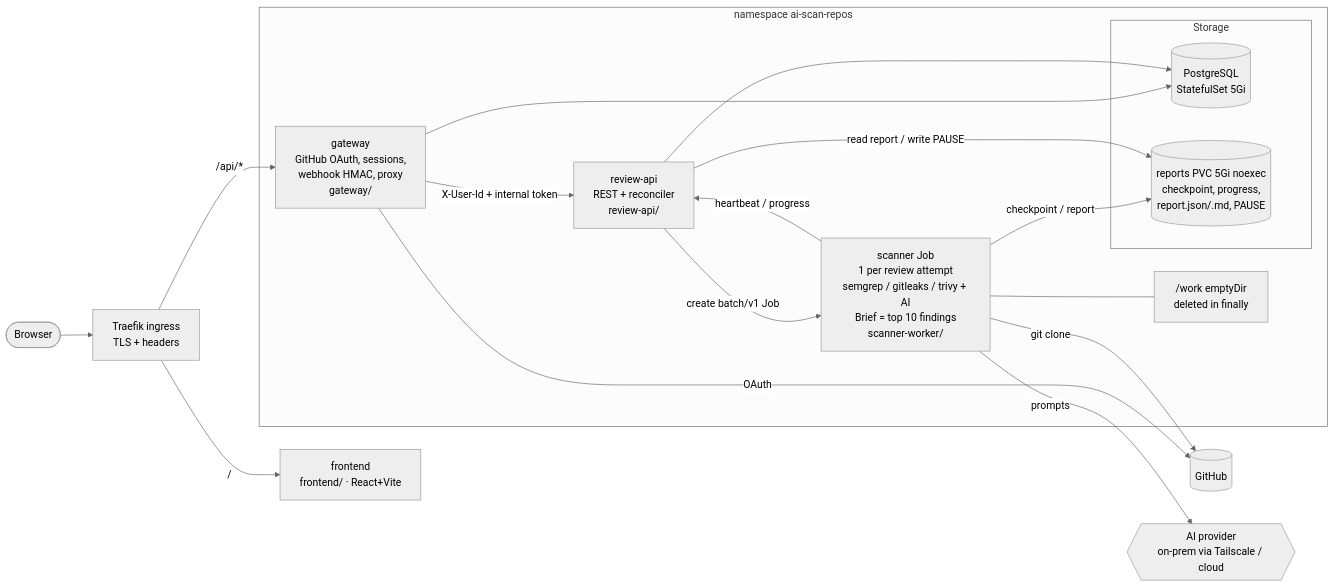
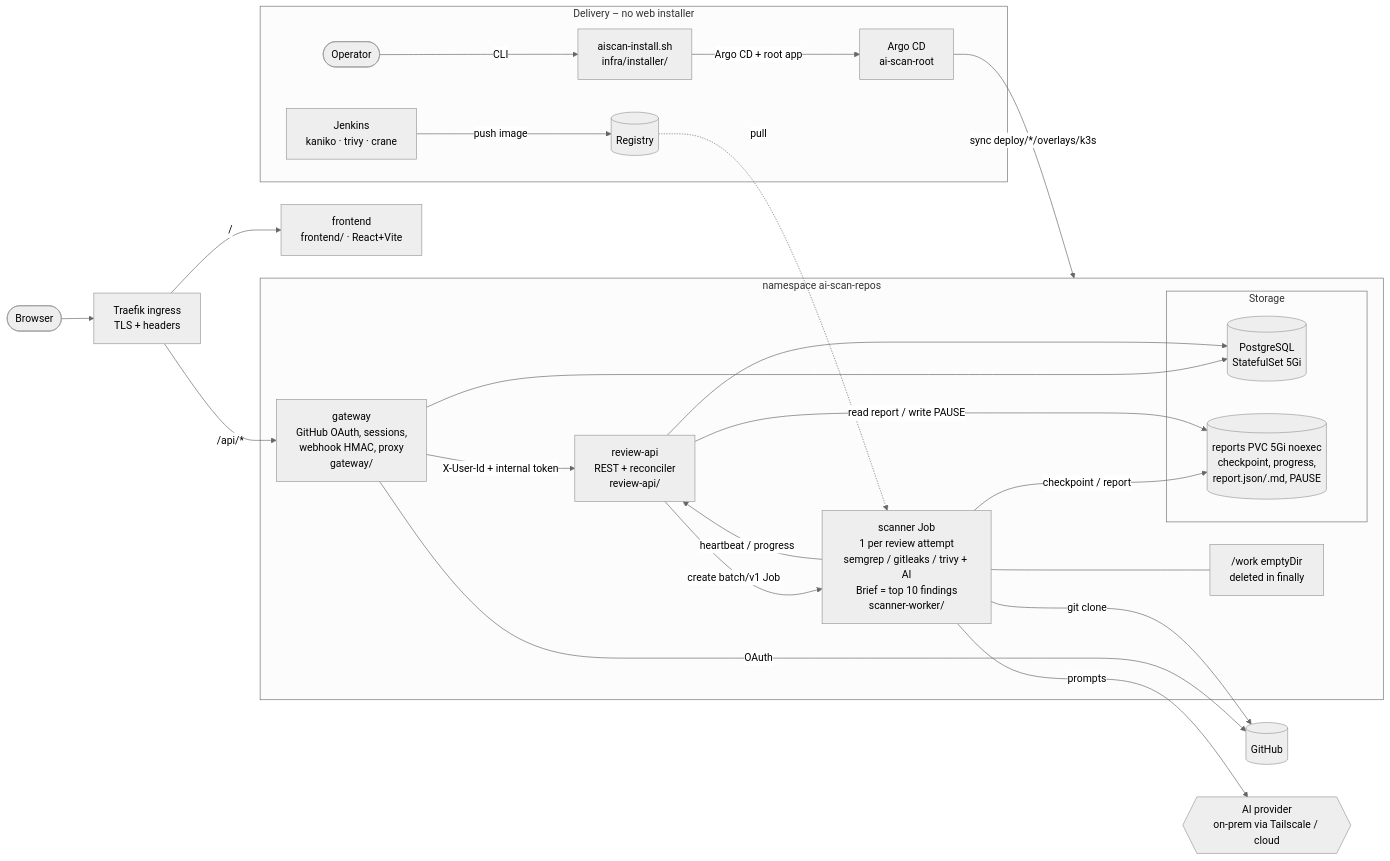
One commit to almog975/ai-scan-repos changed the diagram in docs/diagrams/architecture-v1.md. Above: the diagram before and after it, drawn with Mermaid (neutral theme). The commit also changed other lines of this file and 7 other files, not shown here.

Commit message:
docs(phase-9b): installer is CLI-only (wizard removed), architecture diagram with delivery path, webhook Redeliver 409 runbook, cloud-ack fallback in user guide

````diff
--- a/docs/diagrams/architecture-v1.md
+++ b/docs/diagrams/architecture-v1.md
@@ -10,23 +10,30 @@
 ```mermaid
 flowchart LR
   B([Browser]) --> T[Traefik ingress<br/>TLS + headers]
   T -- "/" --> F[frontend<br/>frontend/ · React+Vite]
   T -- "/api/*" --> G[gateway<br/>GitHub OAuth, sessions,<br/>webhook HMAC, proxy<br/>gateway/]
   G -- "X-User-Id + internal token" --> R[review-api<br/>REST + reconciler<br/>review-api/]
   G -- OAuth --> GH[(GitHub)]
   subgraph NS[namespace ai-scan-repos]
     R -- "create batch/v1 Job" --> J[scanner Job<br/>1 per review attempt<br/>semgrep / gitleaks / trivy + AI<br/>Brief = top 10 findings<br/>scanner-worker/]
     J -- "heartbeat / progress" --> R
     subgraph S[Storage]
       DB[(PostgreSQL<br/>StatefulSet 5Gi)]
       PVC[(reports PVC 5Gi noexec<br/>checkpoint, progress,<br/>report.json/.md, PAUSE)]
     end
     G --> DB
     R --> DB
     J -- "checkpoint / report" --> PVC
     R -- "read report / write PAUSE" --> PVC
     J --- W["/work emptyDir<br/>deleted in finally"]
   end
   J -- "git clone" --> GH
   J -- prompts --> AI{{AI provider<br/>on-prem via Tailscale / cloud}}
+  subgraph DEL[Delivery – no web installer]
+    OP([Operator]) -- "CLI" --> INS[aiscan-install.sh<br/>infra/installer/]
+    JK[Jenkins<br/>kaniko · trivy · crane] -- push image --> REG[(Registry)]
+    INS -- "Argo CD + root app" --> ARGO[Argo CD<br/>ai-scan-root]
+  end
+  ARGO -- "sync deploy/*/overlays/k3s" --> NS
+  REG -. pull .-> J
 ```
````
